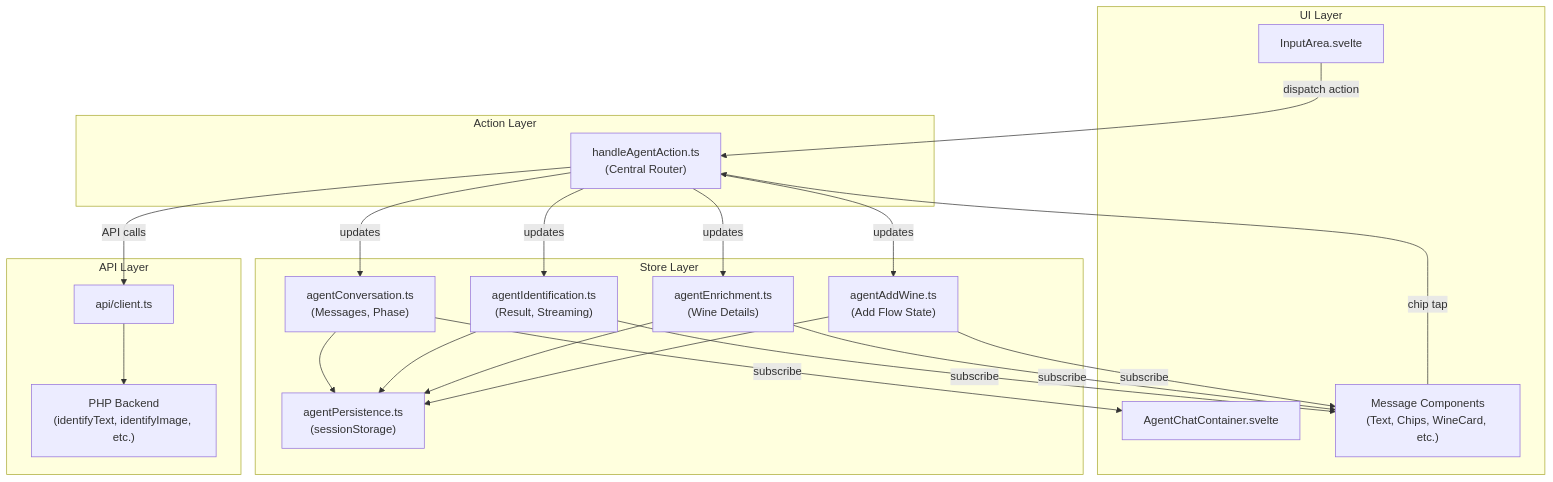
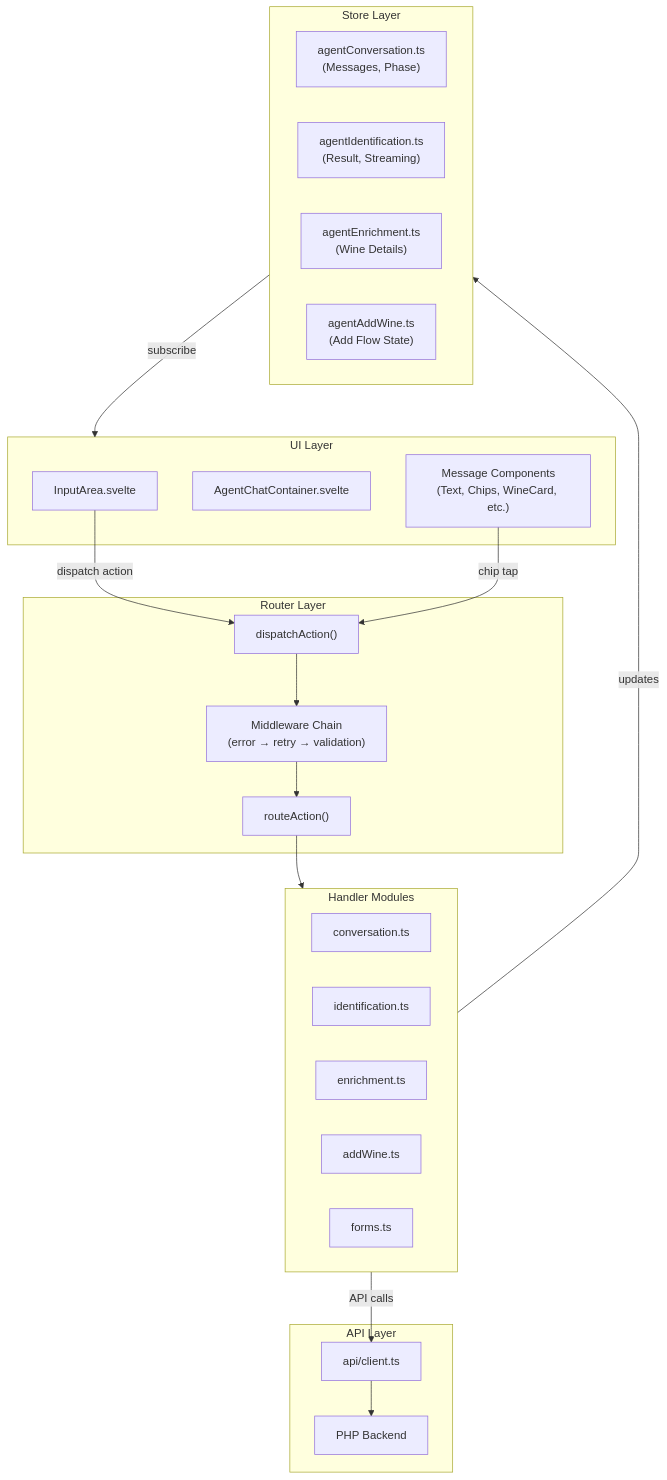
One commit to philhumber/wineApp changed the first of 15 diagrams in docs/AGENT_ARCHITECTURE.md. Above: the diagram before and after it, drawn with Mermaid. The commit also changed other lines of this file and 50 other files, not shown here.

First line of the commit message:
feat: Complete Phase 2 agent rearchitecture - replace monoliths with modular system

````diff
--- a/docs/AGENT_ARCHITECTURE.md
+++ b/docs/AGENT_ARCHITECTURE.md
@@ -30,44 +83,46 @@
 ```mermaid
 flowchart TB
     subgraph UI["UI Layer"]
         InputArea["InputArea.svelte"]
         ChatContainer["AgentChatContainer.svelte"]
         MessageComponents["Message Components<br/>(Text, Chips, WineCard, etc.)"]
     end
 
-    subgraph ActionLayer["Action Layer"]
-        ActionHandler["handleAgentAction.ts<br/>(Central Router)"]
+    subgraph Router["Router Layer"]
+        DispatchAction["dispatchAction()"]
+        Middleware["Middleware Chain<br/>(error → retry → validation)"]
+        RouteAction["routeAction()"]
+    end
+
+    subgraph Handlers["Handler Modules"]
+        Conversation["conversation.ts"]
+        Identification["identification.ts"]
+        Enrichment["enrichment.ts"]
+        AddWine["addWine.ts"]
+        Forms["forms.ts"]
     end
 
     subgraph StoreLayer["Store Layer"]
         ConversationStore["agentConversation.ts<br/>(Messages, Phase)"]
         IdentificationStore["agentIdentification.ts<br/>(Result, Streaming)"]
         EnrichmentStore["agentEnrichment.ts<br/>(Wine Details)"]
         AddWineStore["agentAddWine.ts<br/>(Add Flow State)"]
-        PersistenceStore["agentPersistence.ts<br/>(sessionStorage)"]
     end
 
     subgraph API["API Layer"]
         ApiClient["api/client.ts"]
-        BackendPHP["PHP Backend<br/>(identifyText, identifyImage, etc.)"]
+        BackendPHP["PHP Backend"]
     end
 
-    InputArea -->|"dispatch action"| ActionHandler
-    MessageComponents -->|"chip tap"| ActionHandler
-    ActionHandler -->|"updates"| ConversationStore
-    ActionHandler -->|"updates"| IdentificationStore
-    ActionHandler -->|"updates"| EnrichmentStore
-    ActionHandler -->|"updates"| AddWineStore
-    ActionHandler -->|"API calls"| ApiClient
+    InputArea -->|"dispatch action"| DispatchAction
+    MessageComponents -->|"chip tap"| DispatchAction
+    DispatchAction --> Middleware
+    Middleware --> RouteAction
+    RouteAction --> Handlers
+
+    Handlers -->|"updates"| StoreLayer
+    Handlers -->|"API calls"| ApiClient
     ApiClient --> BackendPHP
 
-    ConversationStore -->|"subscribe"| ChatContainer
-    IdentificationStore -->|"subscribe"| MessageComponents
-    EnrichmentStore -->|"subscribe"| MessageComponents
-    AddWineStore -->|"subscribe"| MessageComponents
-
-    ConversationStore --> PersistenceStore
-    IdentificationStore --> PersistenceStore
-    EnrichmentStore --> PersistenceStore
-    AddWineStore --> PersistenceStore
+    StoreLayer -->|"subscribe"| UI
 ```
````
